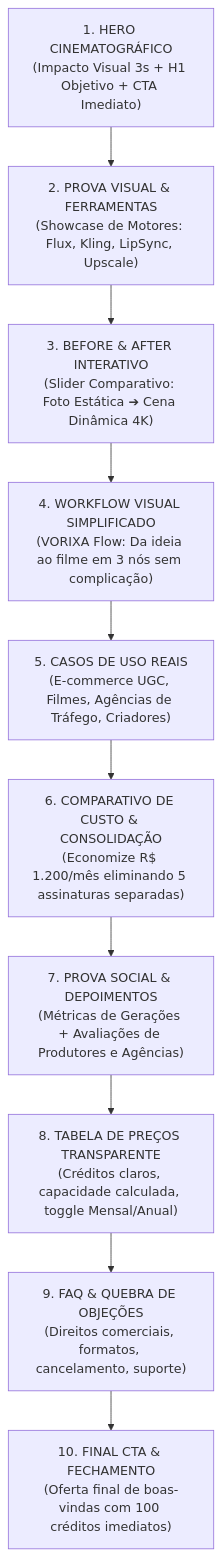
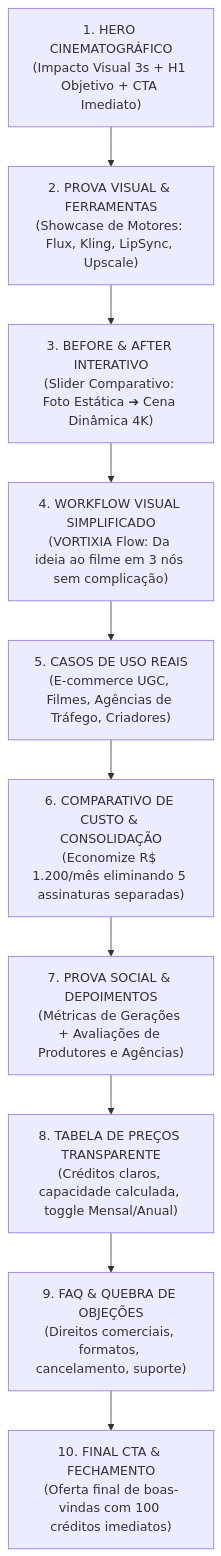
The second of 2 diagrams in docs/BENCHMARK_HOME2_RESEARCH.md (pitarf/vortixa), drawn with Mermaid before and after one commit. The commit also changed other lines of this file and 114 other files, not shown here.

Commit message:
feat(branding): atualiza nome da plataforma de VORIXA para VORTIXIA

````diff
--- a/docs/BENCHMARK_HOME2_RESEARCH.md
+++ b/docs/BENCHMARK_HOME2_RESEARCH.md
@@ -141,12 +141,12 @@
 ```mermaid
 flowchart TD
     S1["1. HERO CINEMATOGRÁFICO<br/>(Impacto Visual 3s + H1 Objetivo + CTA Imediato)"] --> S2["2. PROVA VISUAL & FERRAMENTAS<br/>(Showcase de Motores: Flux, Kling, LipSync, Upscale)"]
     S2 --> S3["3. BEFORE & AFTER INTERATIVO<br/>(Slider Comparativo: Foto Estática ➔ Cena Dinâmica 4K)"]
-    S3 --> S4["4. WORKFLOW VISUAL SIMPLIFICADO<br/>(VORIXA Flow: Da ideia ao filme em 3 nós sem complicação)"]
+    S3 --> S4["4. WORKFLOW VISUAL SIMPLIFICADO<br/>(VORTIXIA Flow: Da ideia ao filme em 3 nós sem complicação)"]
     S4 --> S5["5. CASOS DE USO REAIS<br/>(E-commerce UGC, Filmes, Agências de Tráfego, Criadores)"]
     S5 --> S6["6. COMPARATIVO DE CUSTO & CONSOLIDAÇÃO<br/>(Economize R$ 1.200/mês eliminando 5 assinaturas separadas)"]
     S6 --> S7["7. PROVA SOCIAL & DEPOIMENTOS<br/>(Métricas de Gerações + Avaliações de Produtores e Agências)"]
     S7 --> S8["8. TABELA DE PREÇOS TRANSPARENTE<br/>(Créditos claros, capacidade calculada, toggle Mensal/Anual)"]
     S8 --> S9["9. FAQ & QUEBRA DE OBJEÇÕES<br/>(Direitos comerciais, formatos, cancelamento, suporte)"]
     S9 --> S10["10. FINAL CTA & FECHAMENTO<br/>(Oferta final de boas-vindas com 100 créditos imediatos)"]
 ```
````
